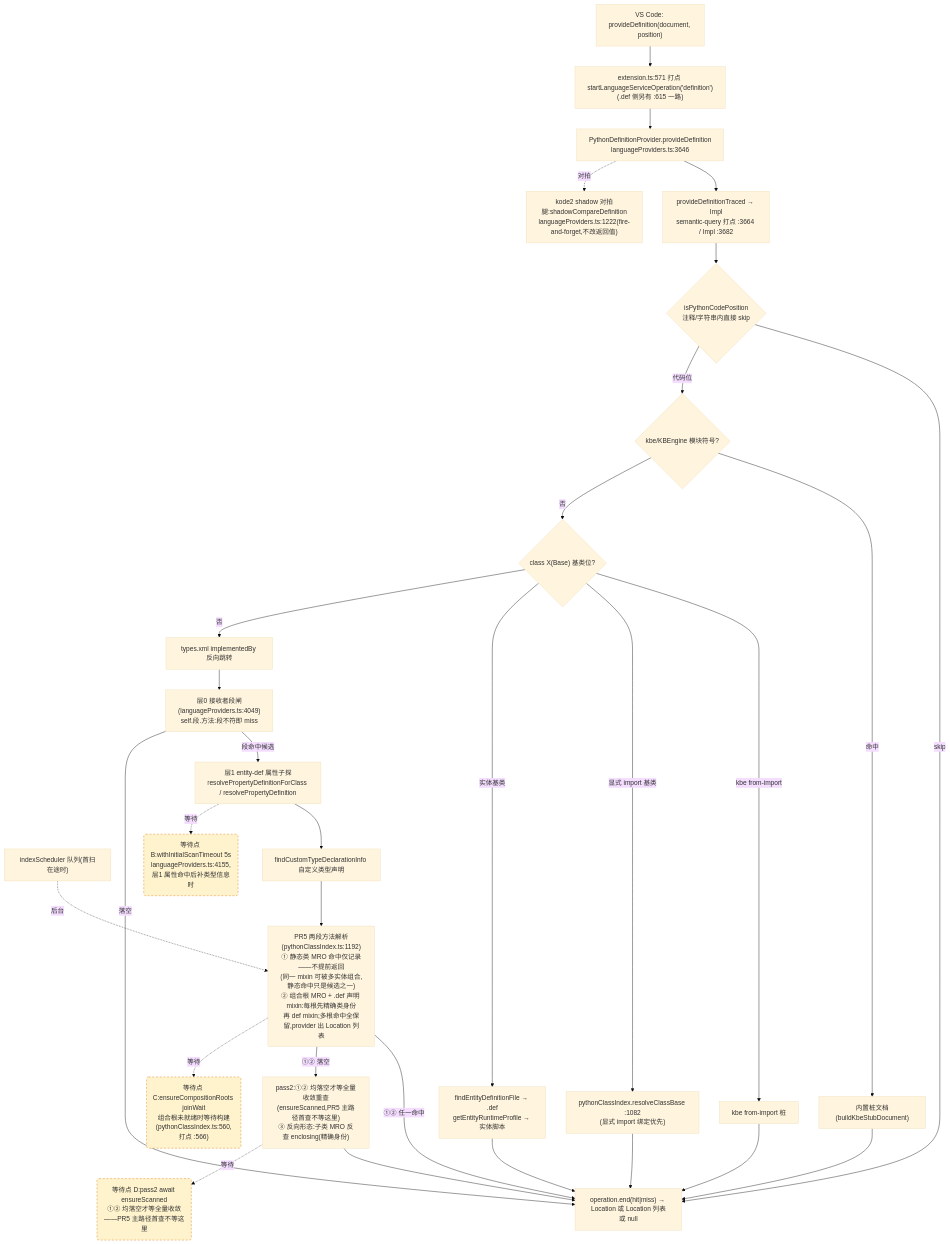
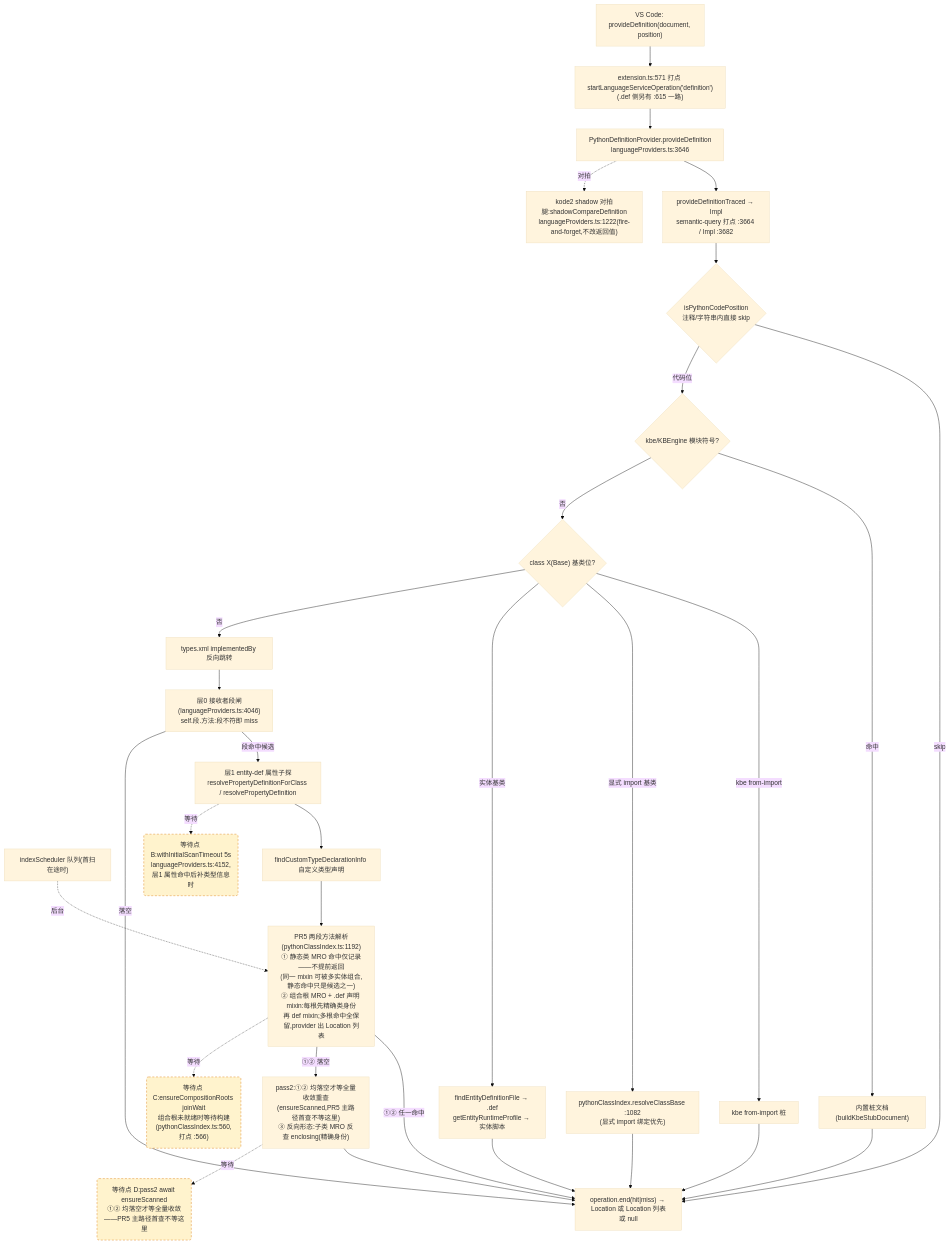
Before and after one commit to cuihairu/kode: the second of 4 diagrams in docs/perf/2026-baseline.md, drawn with Mermaid (base theme). The commit also changed other lines of this file and 3 other files, not shown here.

````diff
--- a/docs/perf/2026-baseline.md
+++ b/docs/perf/2026-baseline.md
@@ -130,51 +130,51 @@
 ```mermaid
 flowchart TD
   VC2["VS Code: provideDefinition(document, position)"]
   M2["extension.ts:571 打点 startLanguageServiceOperation('definition')<br/>(.def 侧另有 :615 一路)"]
   AD2["PythonDefinitionProvider.provideDefinition<br/>languageProviders.ts:3646"]
   TR["provideDefinitionTraced → Impl<br/>semantic-query 打点 :3664 / Impl :3682"]
   CTX{"isPythonCodePosition<br/>注释/字符串内直接 skip"}
   KBE{"kbe/KBEngine 模块符号?"}
   STUB["内置桩文档(buildKbeStubDocument)"]
   CB{"class X(Base) 基类位?"}
   CB1["kbe from-import 桩"]
   CB2["pythonClassIndex.resolveClassBase :1082<br/>(显式 import 绑定优先)"]
   CB3["findEntityDefinitionFile → .def<br/>getEntityRuntimeProfile → 实体脚本"]
   REV["types.xml implementedBy 反向跳转"]
-  L0["层0 接收者段闸(languageProviders.ts:4049)<br/>self.段.方法:段不符即 miss"]
+  L0["层0 接收者段闸(languageProviders.ts:4046)<br/>self.段.方法:段不符即 miss"]
   L1["层1 entity-def 属性子探<br/>resolvePropertyDefinitionForClass / resolvePropertyDefinition"]
   SCAN["indexScheduler 队列(首扫在途时)"]
   TY["findCustomTypeDeclarationInfo 自定义类型声明"]
   MRO["PR5 两段方法解析(pythonClassIndex.ts:1192)<br/>① 静态类 MRO 命中仅记录——不提前返回<br/>(同一 mixin 可被多实体组合,静态命中只是候选之一)<br/>② 组合根 MRO + .def 声明 mixin:每根先精确类身份<br/>再 def mixin;多根命中全保留,provider 出 Location 列表"]
   PASS2["pass2:①② 均落空才等全量收敛重查<br/>(ensureScanned,PR5 主路径首查不等这里)<br/>③ 反向形态:子类 MRO 反查 enclosing(精确身份)"]
   SHD["kode2 shadow 对拍腿:shadowCompareDefinition<br/>languageProviders.ts:1222(fire-and-forget,不改返回值)"]
   END2["operation.end(hit|miss) → Location 或 Location 列表或 null"]
 
   VC2 --> M2 --> AD2 --> TR --> CTX
   CTX -- "skip" --> END2
   CTX -- "代码位" --> KBE
   KBE -- "命中" --> STUB --> END2
   KBE -- "否" --> CB
   CB -- "kbe from-import" --> CB1 --> END2
   CB -- "显式 import 基类" --> CB2 --> END2
   CB -- "实体基类" --> CB3 --> END2
   CB -- "否" --> REV --> L0
   L0 -- "段命中候选" --> L1
   L0 -- "落空" --> END2
   L1 --> TY
   TY --> MRO
   MRO -- "①② 任一命中" --> END2
   MRO -- "①② 落空" --> PASS2 --> END2
   AD2 -.->|对拍| SHD
 
-  WAITB("等待点 B:withInitialScanTimeout 5s<br/>languageProviders.ts:4155,层1 属性命中后补类型信息时")
+  WAITB("等待点 B:withInitialScanTimeout 5s<br/>languageProviders.ts:4152,层1 属性命中后补类型信息时")
   WAITC("等待点 C:ensureCompositionRoots joinWait<br/>组合根未就绪时等待构建(pythonClassIndex.ts:560,打点 :566)")
   WAITD("等待点 D:pass2 await ensureScanned<br/>①② 均落空才等全量收敛——PR5 主路径首查不等这里")
   L1 -.->|等待| WAITB
   MRO -.->|等待| WAITC
   PASS2 -.->|等待| WAITD
   SCAN -.->|后台| MRO
 
   classDef waitPoint fill:#fff3cd,stroke:#d97706,stroke-dasharray:5 4;
   class WAITB,WAITC,WAITD waitPoint;
 ```
````
